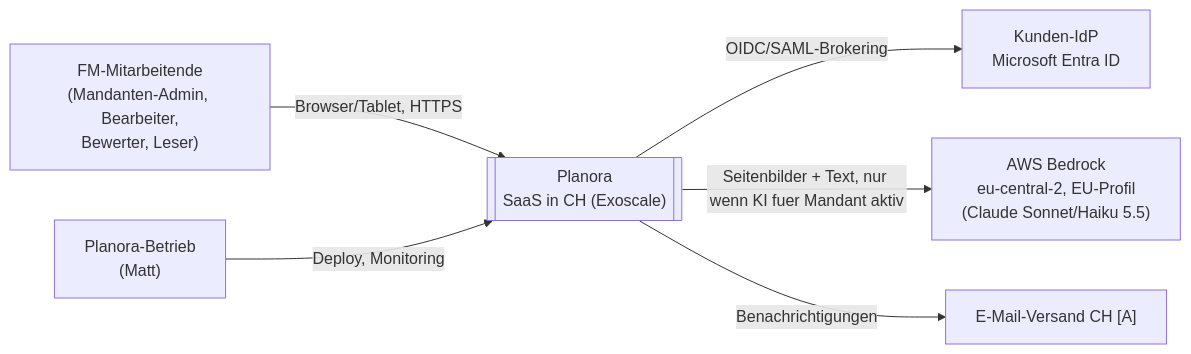
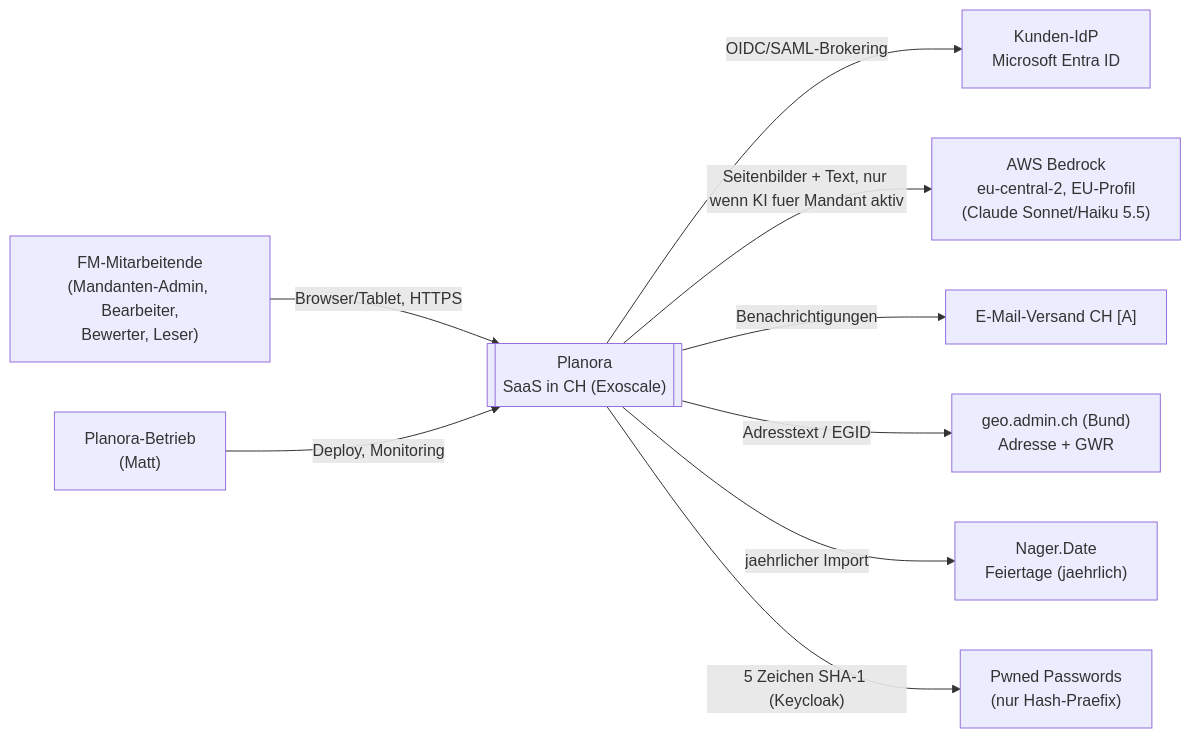
One commit to mattarge04-gif/Planora changed the first of 6 diagrams in docs/architektur/03-architektur.md. Above: the diagram before and after it, drawn with Mermaid. The commit also changed other lines of this file and 6 other files, not shown here.

First line of the commit message:
Oeffentliche APIs verbindlich (E32): geo.admin.ch/GWR, Nager.Date, Pwned Passwords

````diff
--- a/docs/architektur/03-architektur.md
+++ b/docs/architektur/03-architektur.md
@@ -47,14 +48,20 @@
 ```mermaid
 flowchart LR
   fm["FM-Mitarbeitende<br/>(Mandanten-Admin, Bearbeiter,<br/>Bewerter, Leser)"]
   ops["Planora-Betrieb<br/>(Matt)"]
   idp["Kunden-IdP<br/>Microsoft Entra ID"]
   planora[["Planora<br/>SaaS in CH (Exoscale)"]]
   bedrock["AWS Bedrock<br/>eu-central-2, EU-Profil<br/>(Claude Sonnet/Haiku 5.5)"]
   mail["E-Mail-Versand CH [A]"]
+  geo["geo.admin.ch (Bund)<br/>Adresse + GWR"]
+  nager["Nager.Date<br/>Feiertage (jaehrlich)"]
+  hibp["Pwned Passwords<br/>(nur Hash-Praefix)"]
   fm -- "Browser/Tablet, HTTPS" --> planora
   ops -- "Deploy, Monitoring" --> planora
   planora -- "OIDC/SAML-Brokering" --> idp
   planora -- "Seitenbilder + Text, nur wenn KI fuer Mandant aktiv" --> bedrock
   planora -- "Benachrichtigungen" --> mail
+  planora -- "Adresstext / EGID" --> geo
+  planora -- "jaehrlicher Import" --> nager
+  planora -- "5 Zeichen SHA-1 (Keycloak)" --> hibp
 ```
````
